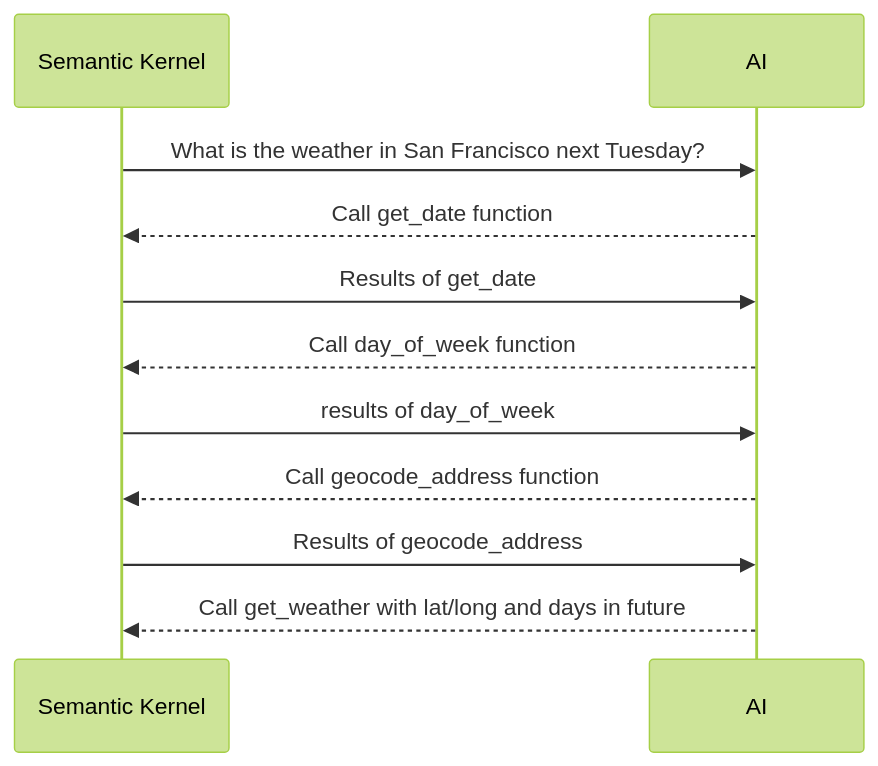
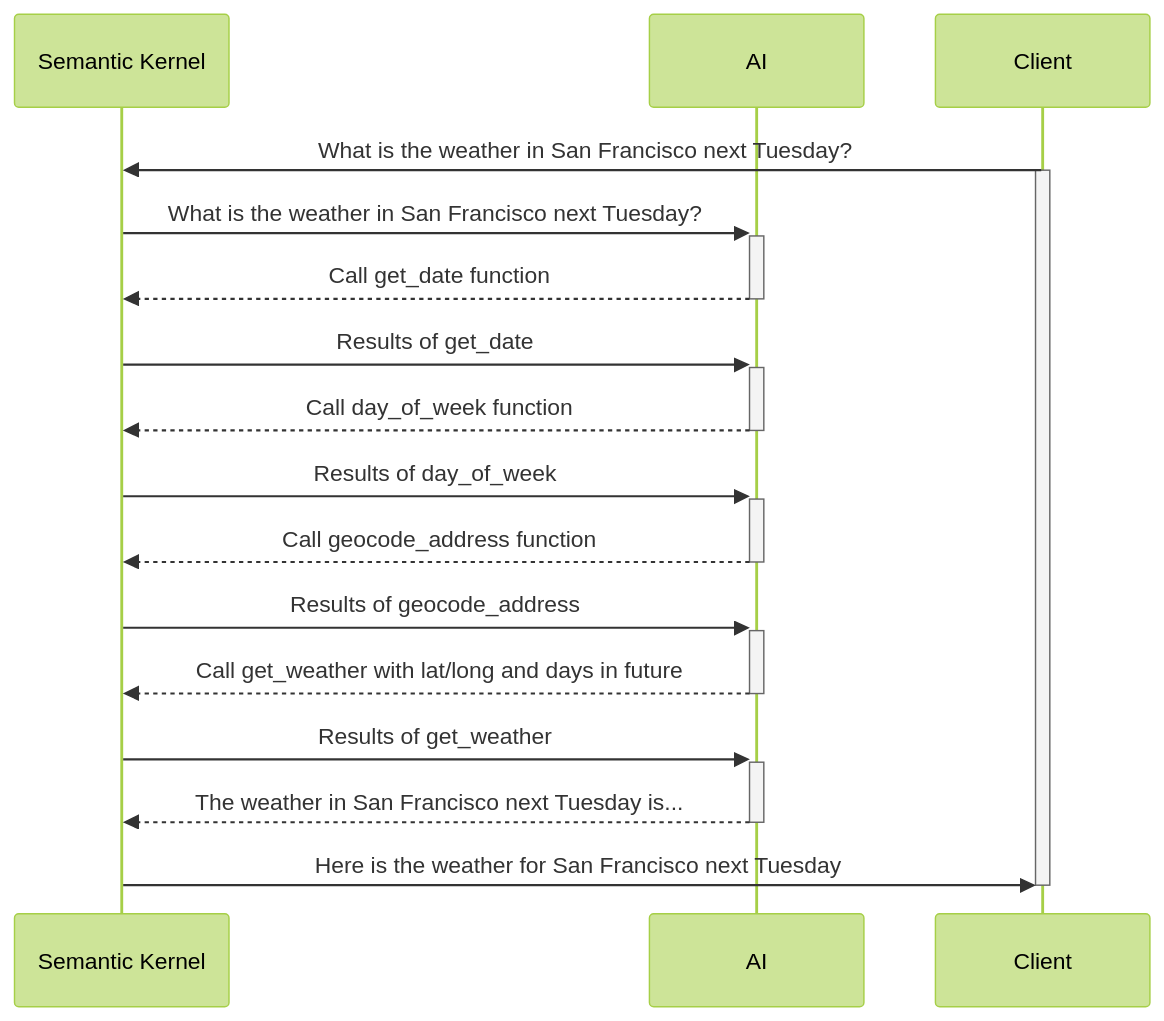
One commit to RandyPatterson/AOAI_Student changed the diagram in Challenge-03.md. Above: the diagram before and after it, drawn with Mermaid (forest theme). The commit also changed other lines of this file, not shown here.

Commit message:
Update from https://github.com/RandyPatterson/AOAI_Hack_a_Thon/commit/1806369cbf336f616cdc555b396702b12876103c

````diff
--- a/Challenge-03.md
+++ b/Challenge-03.md
@@ -102,13 +100,20 @@
     ```mermaid
     sequenceDiagram
         participant S as Semantic Kernel
         participant A as AI
-        S->>A: What is the weather in San Francisco next Tuesday?
-        A-->>S: Call get_date function
-        S->>A: Results of get_date
-        A-->>S: Call day_of_week function
-        S->>A: results of day_of_week
-        A-->>S: Call geocode_address function
-        S->>A: Results of geocode_address
-        A-->>S: Call get_weather with lat/long and days in future
+        participant C as Client
+        C->>S: What is the weather in San Francisco next Tuesday?
+        activate C
+        S->>+A: What is the weather in San Francisco next Tuesday?
+        A-->>-S: Call get_date function
+        S->>+A: Results of get_date
+        A-->>-S: Call day_of_week function
+        S->>+A: Results of day_of_week
+        A-->>-S: Call geocode_address function
+        S->>+A: Results of geocode_address
+        A-->>-S: Call get_weather with lat/long and days in future
+        S->>+A: Results of get_weather
+        A-->>-S: The weather in San Francisco next Tuesday is...
+        S->>C: Here is the weather for San Francisco next Tuesday
+        deactivate C
     ```
````
